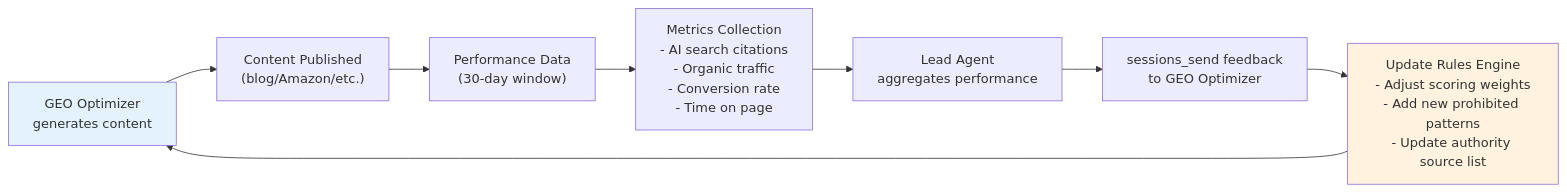
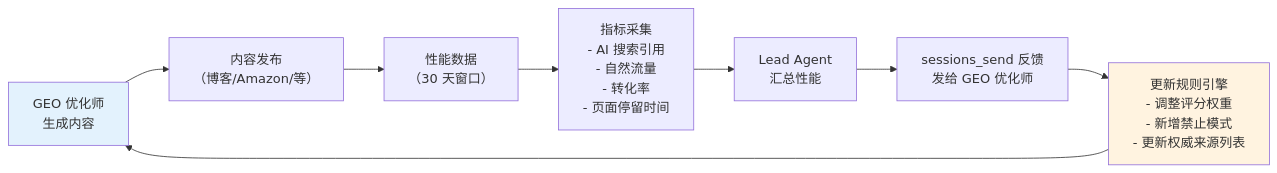
One commit to chan-kinghin/e-commerce-claw changed the fourth of 4 diagrams in plans/PLAN-geo-optimizer.md. Above: the diagram before and after it, drawn with Mermaid. The commit also changed other lines of this file and 55 other files, not shown here.

````diff
--- a/plans/PLAN-geo-optimizer.md
+++ b/plans/PLAN-geo-optimizer.md
@@ -891,13 +889,13 @@
 ```mermaid
 graph LR
-    A["GEO Optimizer<br/>generates content"] --> B["Content Published<br/>(blog/Amazon/etc.)"]
-    B --> C["Performance Data<br/>(30-day window)"]
-    C --> D["Metrics Collection<br/>- AI search citations<br/>- Organic traffic<br/>- Conversion rate<br/>- Time on page"]
-    D --> E["Lead Agent<br/>aggregates performance"]
-    E --> F["sessions_send feedback<br/>to GEO Optimizer"]
-    F --> G["Update Rules Engine<br/>- Adjust scoring weights<br/>- Add new prohibited patterns<br/>- Update authority source list"]
+    A["GEO 优化师<br/>生成内容"] --> B["内容发布<br/>（博客/Amazon/等）"]
+    B --> C["性能数据<br/>（30 天窗口）"]
+    C --> D["指标采集<br/>- AI 搜索引用<br/>- 自然流量<br/>- 转化率<br/>- 页面停留时间"]
+    D --> E["Lead Agent<br/>汇总性能"]
+    E --> F["sessions_send 反馈<br/>发给 GEO 优化师"]
+    F --> G["更新规则引擎<br/>- 调整评分权重<br/>- 新增禁止模式<br/>- 更新权威来源列表"]
     G --> A
 
     style A fill:#E3F2FD
     style G fill:#FFF3E0
 ```
````
